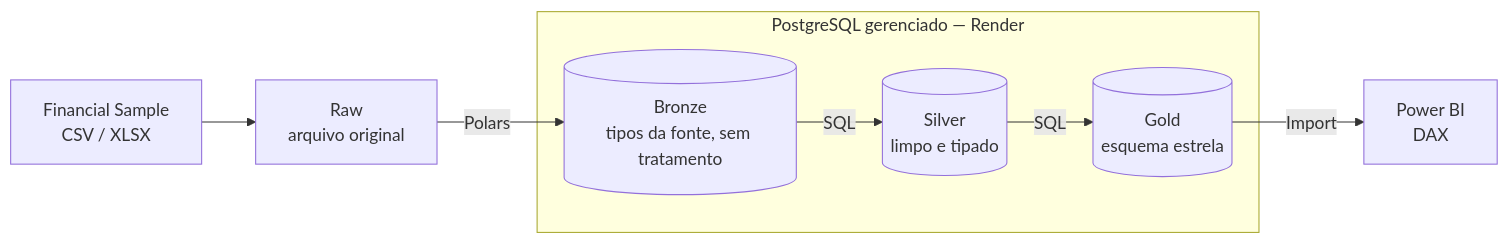
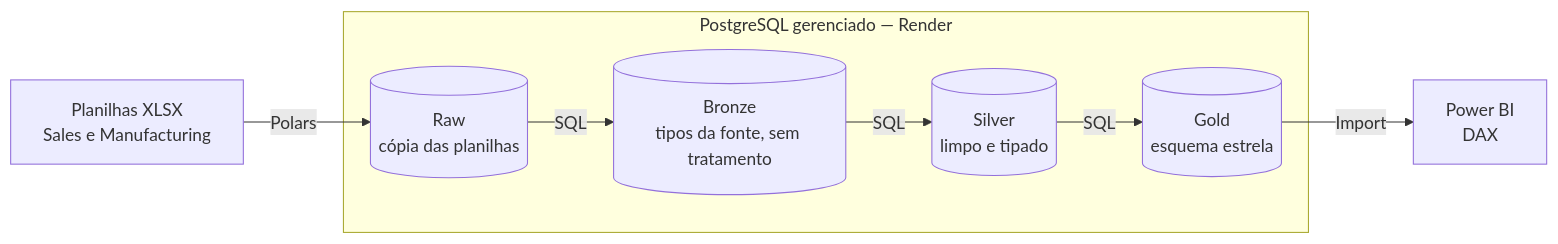
Before and after one commit to mAcosOS-banana/financial-sample-medallion-pipeline: the first of 2 diagrams in README.md, drawn with Mermaid. The commit also changed other lines of this file and 2 other files, not shown here.

````diff
--- a/README.md
+++ b/README.md
@@ -51,14 +72,15 @@
 ```mermaid
 flowchart LR
-    A[Financial Sample<br/>CSV / XLSX] --> B[Raw<br/>arquivo original]
-    B -->|Polars| C[(Bronze<br/>tipos da fonte, sem tratamento)]
+    A[Planilhas XLSX<br/>Sales e Manufacturing] -->|Polars| B[(Raw<br/>cópia das planilhas)]
+    B -->|SQL| C[(Bronze<br/>tipos da fonte, sem tratamento)]
     C -->|SQL| D[(Silver<br/>limpo e tipado)]
     D -->|SQL| E[(Gold<br/>esquema estrela)]
     E -->|Import| F[Power BI<br/>DAX]
 
     subgraph Render [PostgreSQL gerenciado — Render]
+        B
         C
         D
         E
     end
 ```
````
